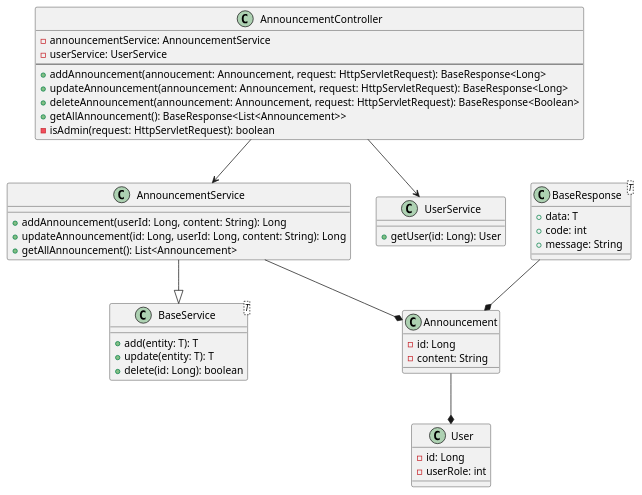
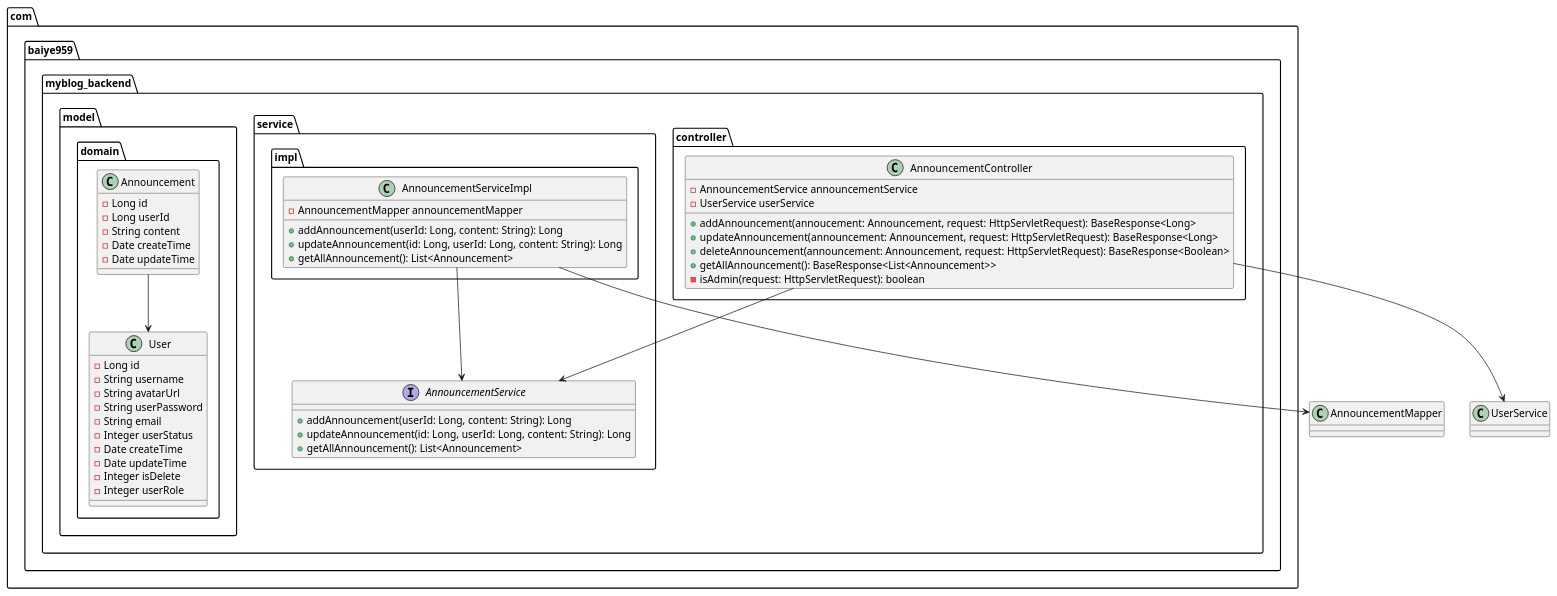
Before and after one commit to Baiye959/MyBlog: the diagram in myblog_backend/annoucement.puml, drawn with PlantUML. The commit also changed 7 other files, not shown here.

Commit message:
feat:photo and blog (plantUML)|fix:delete blog

```diff
--- a/myblog_backend/annoucement.puml
+++ b/myblog_backend/annoucement.puml
@@ -1,53 +1,62 @@
 @startuml
 
-class AnnouncementController {
-  - announcementService: AnnouncementService
-  - userService: UserService
-  --
-  + addAnnouncement(annoucement: Announcement, request: HttpServletRequest): BaseResponse<Long>
-  + updateAnnouncement(announcement: Announcement, request: HttpServletRequest): BaseResponse<Long>
-  + deleteAnnouncement(announcement: Announcement, request: HttpServletRequest): BaseResponse<Boolean>
-  + getAllAnnouncement(): BaseResponse<List<Announcement>>
-  - isAdmin(request: HttpServletRequest): boolean
+package "com.baiye959.myblog_backend.controller" {
+    class AnnouncementController {
+        - AnnouncementService announcementService
+        - UserService userService
+        + addAnnouncement(annoucement: Announcement, request: HttpServletRequest): BaseResponse<Long>
+        + updateAnnouncement(announcement: Announcement, request: HttpServletRequest): BaseResponse<Long>
+        + deleteAnnouncement(announcement: Announcement, request: HttpServletRequest): BaseResponse<Boolean>
+        + getAllAnnouncement(): BaseResponse<List<Announcement>>
+        - isAdmin(request: HttpServletRequest): boolean
+    }
 }
 
-class AnnouncementService {
-  + addAnnouncement(userId: Long, content: String): Long
-  + updateAnnouncement(id: Long, userId: Long, content: String): Long
-  + getAllAnnouncement(): List<Announcement>
+package "com.baiye959.myblog_backend.model.domain" {
+    class Announcement {
+        - Long id
+        - Long userId
+        - String content
+        - Date createTime
+        - Date updateTime
+    }
+
+    class User {
+        - Long id
+        - String username
+        - String avatarUrl
+        - String userPassword
+        - String email
+        - Integer userStatus
+        - Date createTime
+        - Date updateTime
+        - Integer isDelete
+        - Integer userRole
+    }
 }
 
-class BaseService<T> {
-  + add(entity: T): T
-  + update(entity: T): T
-  + delete(id: Long): boolean
+package "com.baiye959.myblog_backend.service.impl" {
+    class AnnouncementServiceImpl {
+        - AnnouncementMapper announcementMapper
+        + addAnnouncement(userId: Long, content: String): Long
+        + updateAnnouncement(id: Long, userId: Long, content: String): Long
+        + getAllAnnouncement(): List<Announcement>
+    }
 }
 
-class BaseResponse<T> {
-  + data: T
-  + code: int
-  + message: String
-}
-
-class Announcement {
-  - id: Long
-  - content: String
-}
-
-class User {
-  - id: Long
-  - userRole: int
-}
-
-class UserService {
-  + getUser(id: Long): User
+package "com.baiye959.myblog_backend.service" {
+    interface AnnouncementService {
+        + addAnnouncement(userId: Long, content: String): Long
+        + updateAnnouncement(id: Long, userId: Long, content: String): Long
+        + getAllAnnouncement(): List<Announcement>
+    }
 }
 
 AnnouncementController --> AnnouncementService
 AnnouncementController --> UserService
-AnnouncementService --|> BaseService
-BaseResponse --* Announcement
-Announcement --* User
-AnnouncementService --* Announcement
+AnnouncementServiceImpl --> AnnouncementMapper
+AnnouncementServiceImpl --> AnnouncementService
+
+Announcement --> User
 
 @enduml
```
